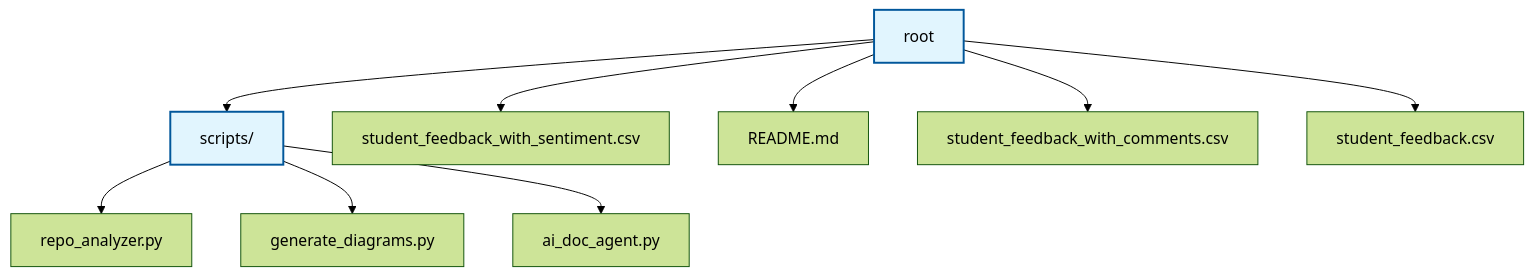
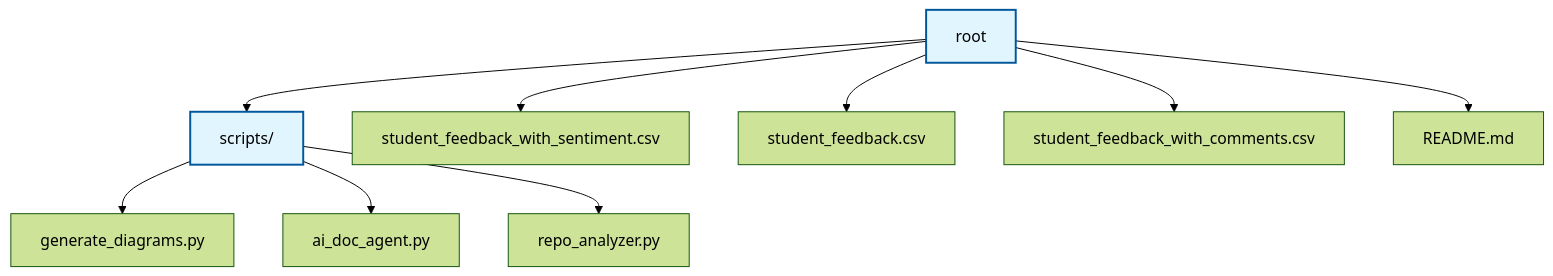
The diagram in README.md (NITISH-R-G/FUTURE_DS_03), drawn with Mermaid (forest theme) before and after one commit.

Commit message:
docs: auto-update repository documentation and diagrams

````diff
--- a/README.md
+++ b/README.md
@@ -47,29 +47,29 @@
 ```mermaid
 graph TD
     node0["root"]:::folder
     node1["scripts/"]:::folder
     node0 --> node1
     node2["student_feedback_with_sentiment.csv"]
     node0 --> node2
-    node3["README.md"]
+    node3["student_feedback.csv"]
     node0 --> node3
     node4["student_feedback_with_comments.csv"]
     node0 --> node4
-    node5["student_feedback.csv"]
+    node5["README.md"]
     node0 --> node5
-    node6["repo_analyzer.py"]
+    node6["generate_diagrams.py"]
     node1 --> node6
-    node7["generate_diagrams.py"]
+    node7["ai_doc_agent.py"]
     node1 --> node7
-    node8["ai_doc_agent.py"]
+    node8["repo_analyzer.py"]
     node1 --> node8
     classDef folder fill:#e1f5fe,stroke:#01579b,stroke-width:2px;
     click node1 "scripts" "View scripts"
     click node2 "student_feedback_with_sentiment.csv" "View student_feedback_with_sentiment.csv"
-    click node3 "README.md" "View README.md"
+    click node3 "student_feedback.csv" "View student_feedback.csv"
     click node4 "student_feedback_with_comments.csv" "View student_feedback_with_comments.csv"
-    click node5 "student_feedback.csv" "View student_feedback.csv"
-    click node6 "scripts/repo_analyzer.py" "View repo_analyzer.py"
-    click node7 "scripts/generate_diagrams.py" "View generate_diagrams.py"
-    click node8 "scripts/ai_doc_agent.py" "View ai_doc_agent.py"
+    click node5 "README.md" "View README.md"
+    click node6 "scripts/generate_diagrams.py" "View generate_diagrams.py"
+    click node7 "scripts/ai_doc_agent.py" "View ai_doc_agent.py"
+    click node8 "scripts/repo_analyzer.py" "View repo_analyzer.py"
 ```
````
